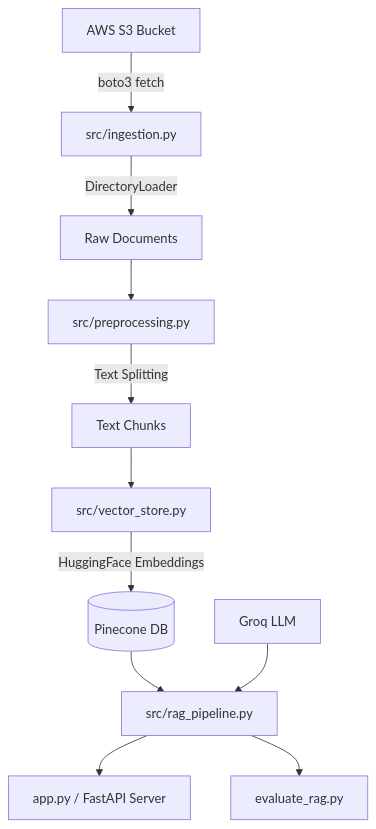
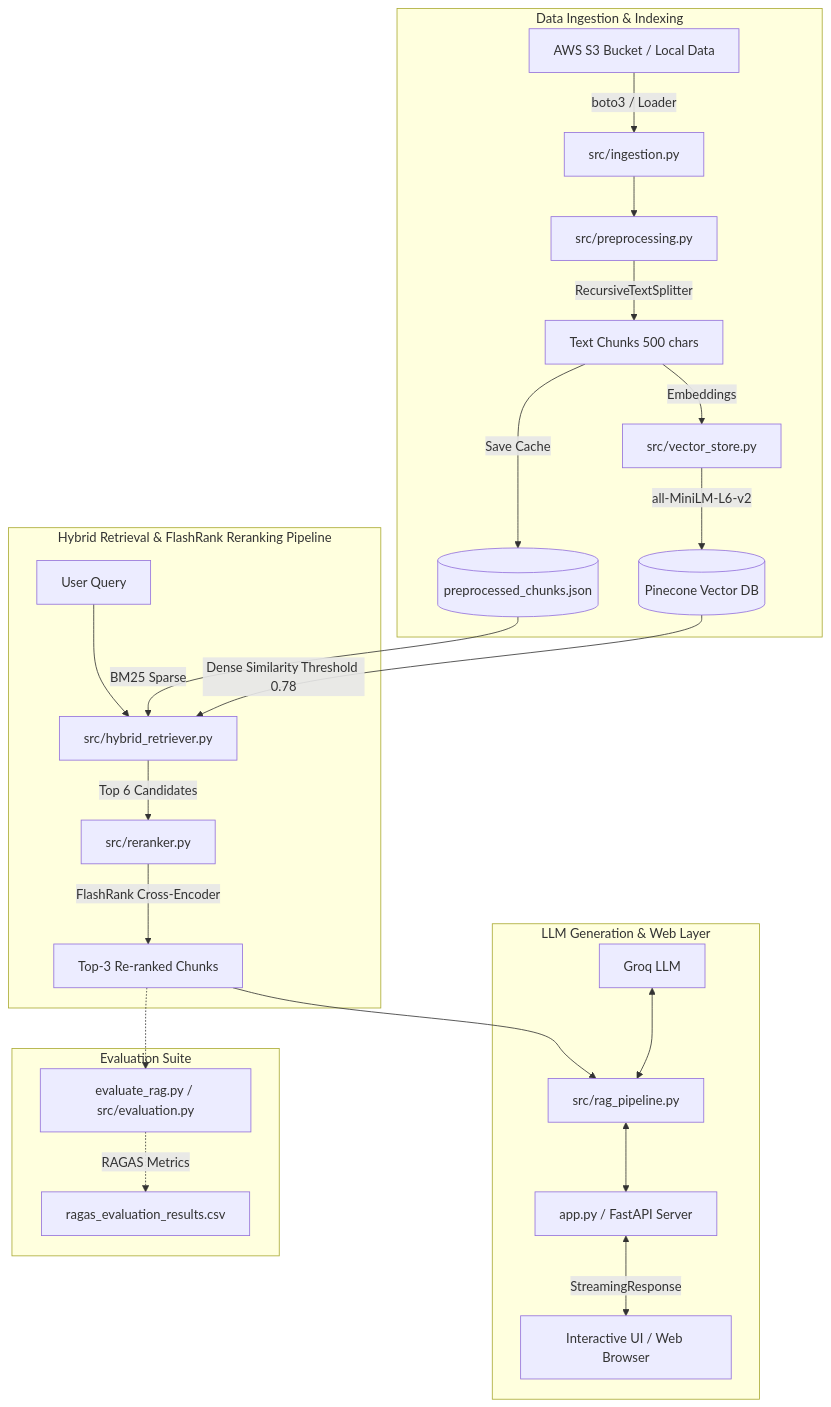
Before and after one commit to arup04/Medical-Chatbot-Project: the diagram in README.md, drawn with Mermaid. The commit also changed other lines of this file, not shown here.

Commit message:
docs: update README.md for reranking_improvements branch

````diff
--- a/README.md
+++ b/README.md
@@ -11,13 +23,31 @@
 ```mermaid
 graph TD
-    A[AWS S3 Bucket] -->|boto3 fetch| B[src/ingestion.py]
-    B -->|DirectoryLoader| C[Raw Documents]
-    C --> D[src/preprocessing.py]
-    D -->|Text Splitting| E[Text Chunks]
-    E --> F[src/vector_store.py]
-    F -->|HuggingFace Embeddings| G[(Pinecone DB)]
-    G --> H[src/rag_pipeline.py]
-    I[Groq LLM] --> H
-    H --> J[app.py / FastAPI Server]
-    H --> K[evaluate_rag.py]
+    subgraph Data Ingestion & Indexing
+        A[AWS S3 Bucket / Local Data] -->|boto3 / Loader| B[src/ingestion.py]
+        B --> C[src/preprocessing.py]
+        C -->|RecursiveTextSplitter| D[Text Chunks 500 chars]
+        D -->|Save Cache| E[(preprocessed_chunks.json)]
+        D -->|Embeddings| F[src/vector_store.py]
+        F -->|all-MiniLM-L6-v2| G[(Pinecone Vector DB)]
+    end
+
+    subgraph Hybrid Retrieval & FlashRank Reranking Pipeline
+        H[User Query] --> I[src/hybrid_retriever.py]
+        E -->|BM25 Sparse| I
+        G -->|Dense Similarity Threshold 0.78| I
+        I -->|Top 6 Candidates| J[src/reranker.py]
+        J -->|FlashRank Cross-Encoder| K[Top-3 Re-ranked Chunks]
+    end
+
+    subgraph LLM Generation & Web Layer
+        K --> L[src/rag_pipeline.py]
+        M[Groq LLM] <--> L
+        L <--> N[app.py / FastAPI Server]
+        N <-->|StreamingResponse| O[Interactive UI / Web Browser]
+    end
+
+    subgraph Evaluation Suite
+        K -.-> P[evaluate_rag.py / src/evaluation.py]
+        P -.->|RAGAS Metrics| Q[ragas_evaluation_results.csv]
+    end
 ```
````
